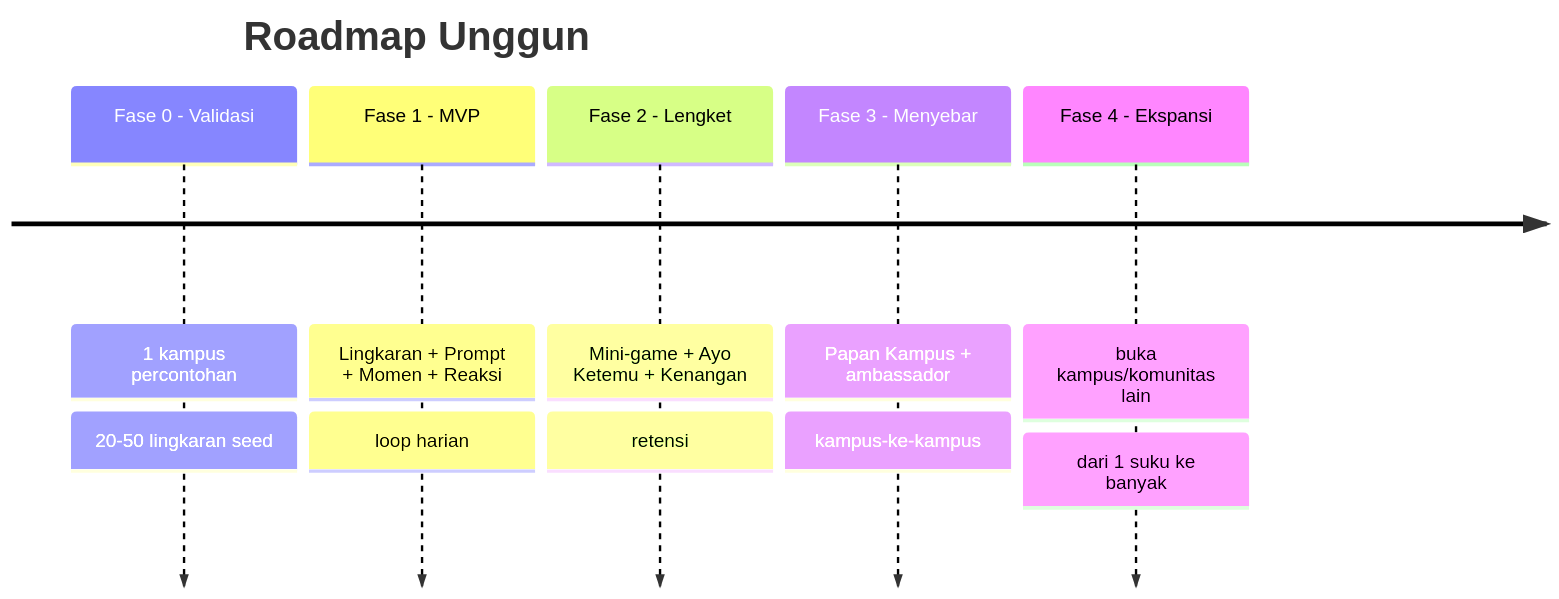
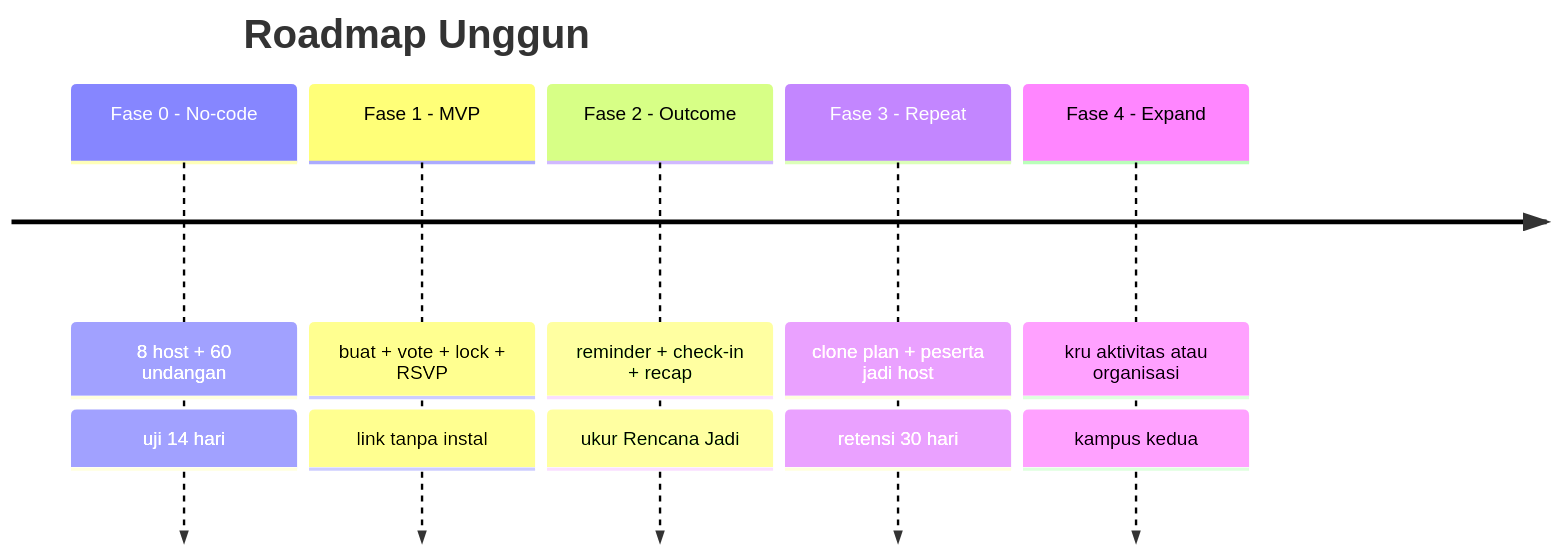
One commit to itsmhp/SocialMedia changed the second of 2 diagrams in concept/03-growth-metrik-roadmap.md. Above: the diagram before and after it, drawn with Mermaid. The commit also changed other lines of this file and 10 other files, not shown here.

````diff
--- a/concept/03-growth-metrik-roadmap.md
+++ b/concept/03-growth-metrik-roadmap.md
@@ -29,9 +24,9 @@
 ```mermaid
 timeline
     title Roadmap Unggun
-    Fase 0 - Validasi : 1 kampus percontohan : 20-50 lingkaran seed
-    Fase 1 - MVP : Lingkaran + Prompt + Momen + Reaksi : loop harian
-    Fase 2 - Lengket : Mini-game + Ayo Ketemu + Kenangan : retensi
-    Fase 3 - Menyebar : Papan Kampus + ambassador : kampus-ke-kampus
-    Fase 4 - Ekspansi : buka kampus/komunitas lain : dari 1 suku ke banyak
+    Fase 0 - No-code : 8 host + 60 undangan : uji 14 hari
+    Fase 1 - MVP : buat + vote + lock + RSVP : link tanpa instal
+    Fase 2 - Outcome : reminder + check-in + recap : ukur Rencana Jadi
+    Fase 3 - Repeat : clone plan + peserta jadi host : retensi 30 hari
+    Fase 4 - Expand : kru aktivitas atau organisasi : kampus kedua
 ```
````
